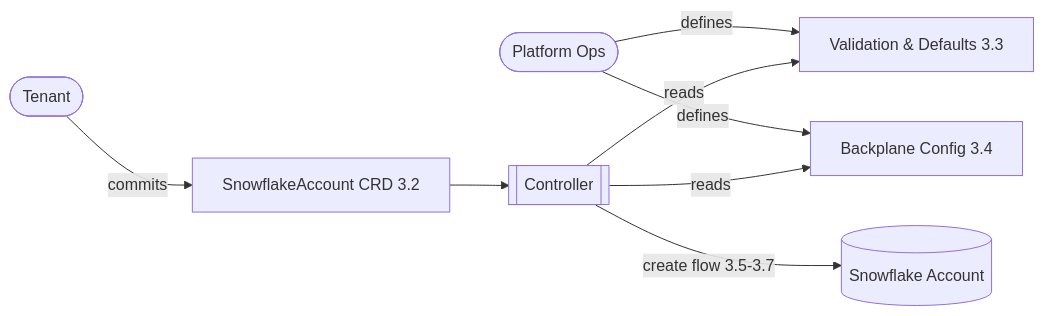
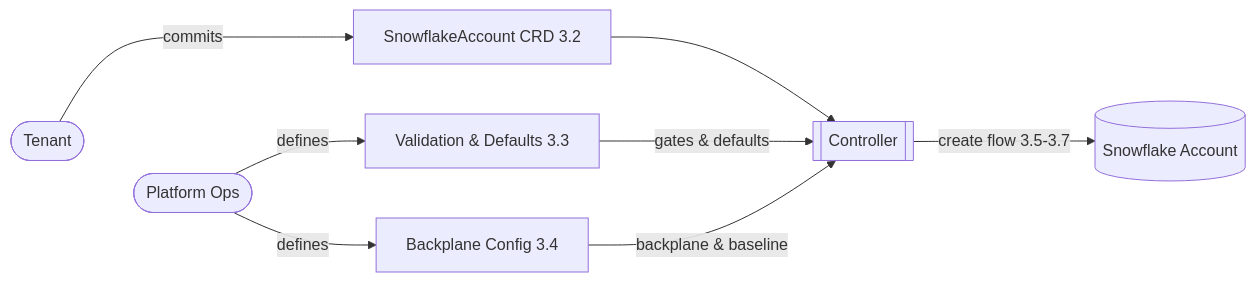
Before and after one commit to allianz/yukimi: the diagram in specs/design.md, drawn with Mermaid.

Commit message:
added mermaid

````diff
--- a/specs/design.md
+++ b/specs/design.md
@@ -112,13 +112,13 @@
 ```mermaid
 flowchart LR
     Tenant([Tenant]) -->|commits| CRD[SnowflakeAccount CRD 3.2]
     Tenant ~~~ Ops([Platform Ops])
     Ops -->|defines| ValidationRules[Validation & Defaults 3.3]
     Ops -->|defines| BackplaneConfig[Backplane Config 3.4]
 
     CRD --> Controller[[Controller]]
-    Controller -->|reads| ValidationRules
-    Controller -->|reads| BackplaneConfig
+    ValidationRules -->|gates & defaults| Controller
+    BackplaneConfig -->|backplane & baseline| Controller
 
     Controller -->|create flow 3.5-3.7| Snowflake[(Snowflake Account)]
 ```
````
